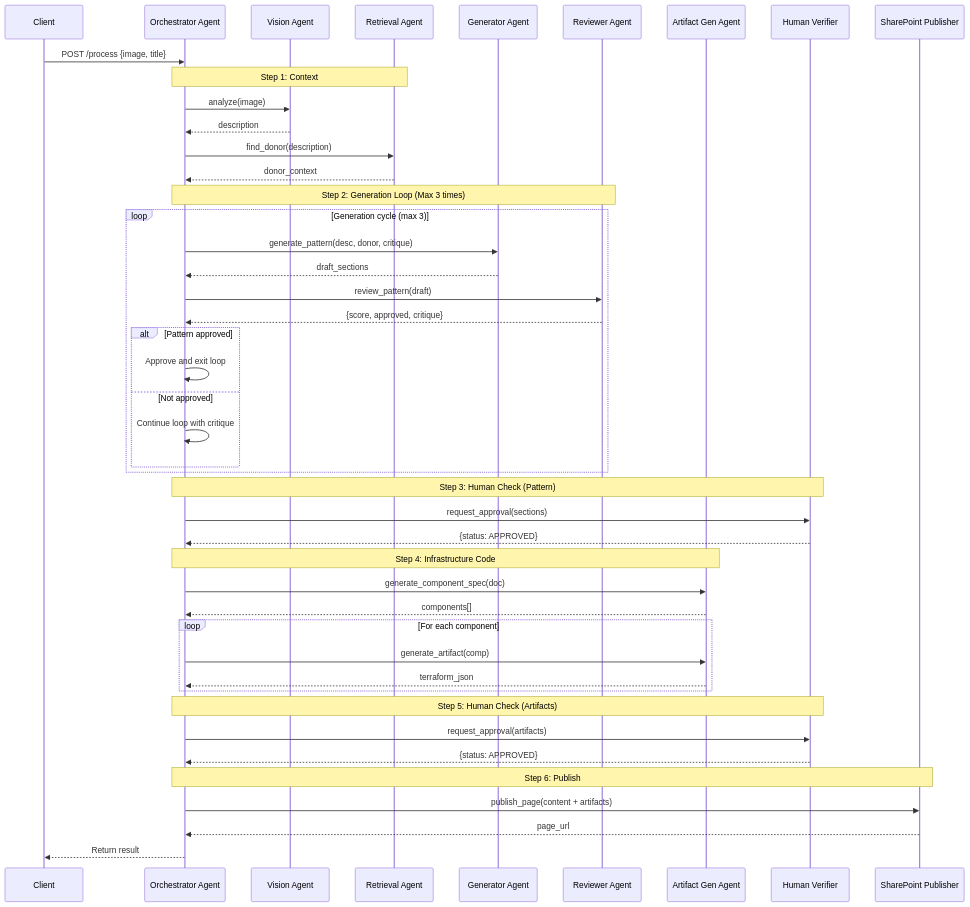
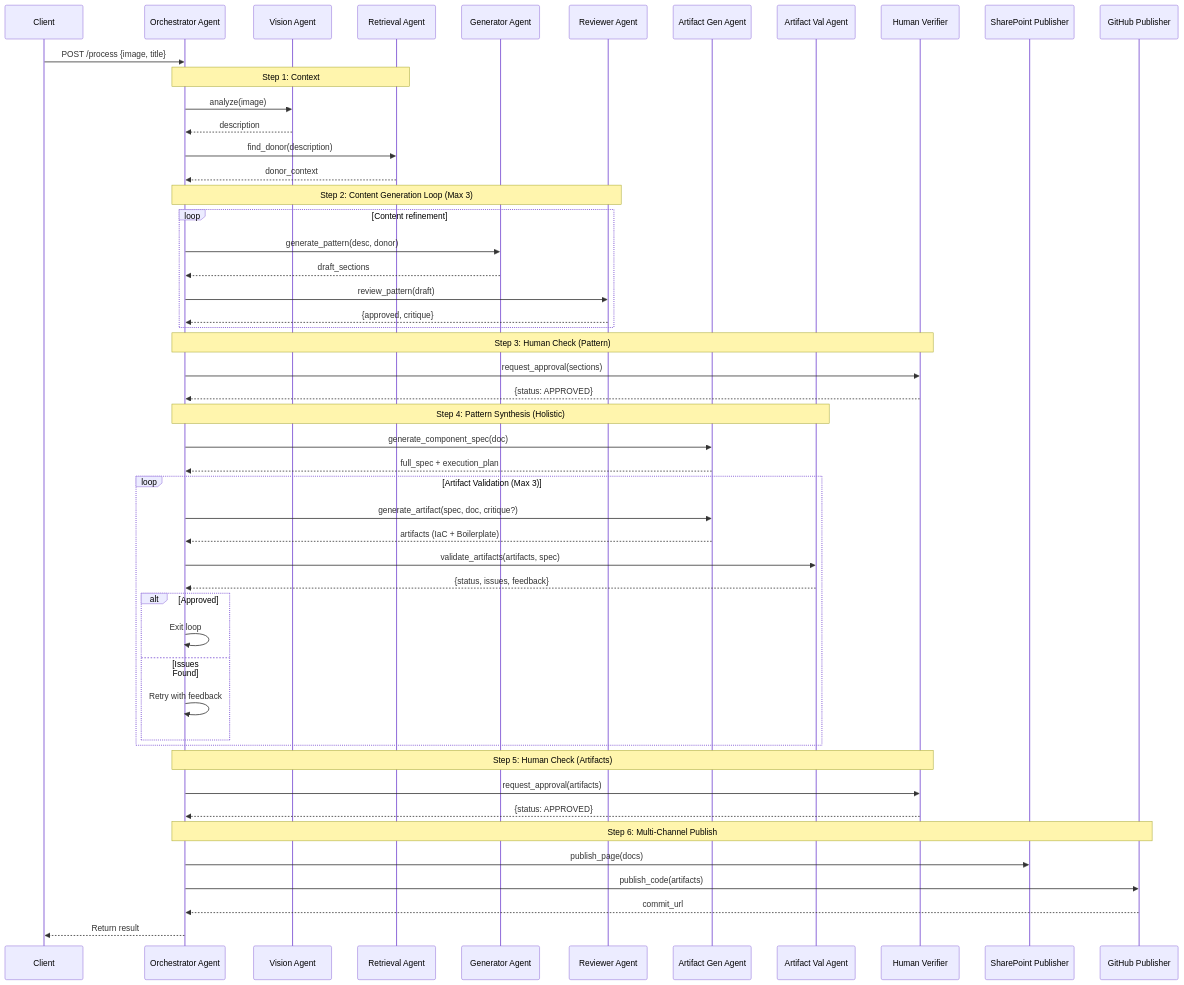
The third of 5 diagrams in DESIGN_DOCUMENT.md (rnerurkar/engen), drawn with Mermaid before and after one commit. The commit also changed other lines of this file and 12 other files, not shown here.

Commit message:
feat: implement holistic pattern synthesis engine with artifact validation and github publishing

````diff
--- a/DESIGN_DOCUMENT.md
+++ b/DESIGN_DOCUMENT.md
@@ -186,55 +187,61 @@
 ```mermaid
 sequenceDiagram
     participant Client
     participant Orch as Orchestrator Agent
     participant Vision as Vision Agent
     participant Ret as Retrieval Agent
     participant Gen as Generator Agent
     participant Rev as Reviewer Agent
     participant Artifact as Artifact Gen Agent
+    participant Validator as Artifact Val Agent
     participant Verifier as Human Verifier
     participant SP as SharePoint Publisher
+    participant GH as GitHub Publisher
 
     Client->>Orch: POST /process {image, title}
     
     Note over Orch,Ret: Step 1: Context
     Orch->>Vision: analyze(image)
     Vision-->>Orch: description
     Orch->>Ret: find_donor(description)
     Ret-->>Orch: donor_context
 
-    Note over Orch,Rev: Step 2: Generation Loop (Max 3 times)
-    loop Generation cycle (max 3)
-        Orch->>Gen: generate_pattern(desc, donor, critique)
+    Note over Orch,Rev: Step 2: Content Generation Loop (Max 3)
+    loop Content refinement
+        Orch->>Gen: generate_pattern(desc, donor)
         Gen-->>Orch: draft_sections
         Orch->>Rev: review_pattern(draft)
-        Rev-->>Orch: {score, approved, critique}
-        alt Pattern approved
-            Orch->>Orch: Approve and exit loop
-        else Not approved
-            Orch->>Orch: Continue loop with critique
-        end
+        Rev-->>Orch: {approved, critique}
     end
 
     Note over Orch,Verifier: Step 3: Human Check (Pattern)
     Orch->>Verifier: request_approval(sections)
     Verifier-->>Orch: {status: APPROVED}
 
-    Note over Orch,Artifact: Step 4: Infrastructure Code
+    Note over Orch,Validator: Step 4: Pattern Synthesis (Holistic)
     Orch->>Artifact: generate_component_spec(doc)
-    Artifact-->>Orch: components[]
-    loop For each component
-        Orch->>Artifact: generate_artifact(comp)
-        Artifact-->>Orch: terraform_json
+    Artifact-->>Orch: full_spec + execution_plan
+    
+    loop Artifact Validation (Max 3)
+        Orch->>Artifact: generate_artifact(spec, doc, critique?)
+        Artifact-->>Orch: artifacts (IaC + Boilerplate)
+        Orch->>Validator: validate_artifacts(artifacts, spec)
+        Validator-->>Orch: {status, issues, feedback}
+        alt Approved
+             Orch->>Orch: Exit loop
+        else Issues Found
+             Orch->>Orch: Retry with feedback
+        end
     end
 
     Note over Orch,Verifier: Step 5: Human Check (Artifacts)
     Orch->>Verifier: request_approval(artifacts)
     Verifier-->>Orch: {status: APPROVED}
 
-    Note over Orch,SP: Step 6: Publish
-    Orch->>SP: publish_page(content + artifacts)
-    SP-->>Orch: page_url
+    Note over Orch,GH: Step 6: Multi-Channel Publish
+    Orch->>SP: publish_page(docs)
+    Orch->>GH: publish_code(artifacts)
+    GH-->>Orch: commit_url
 
     Orch-->>Client: Return result
 ```
````
